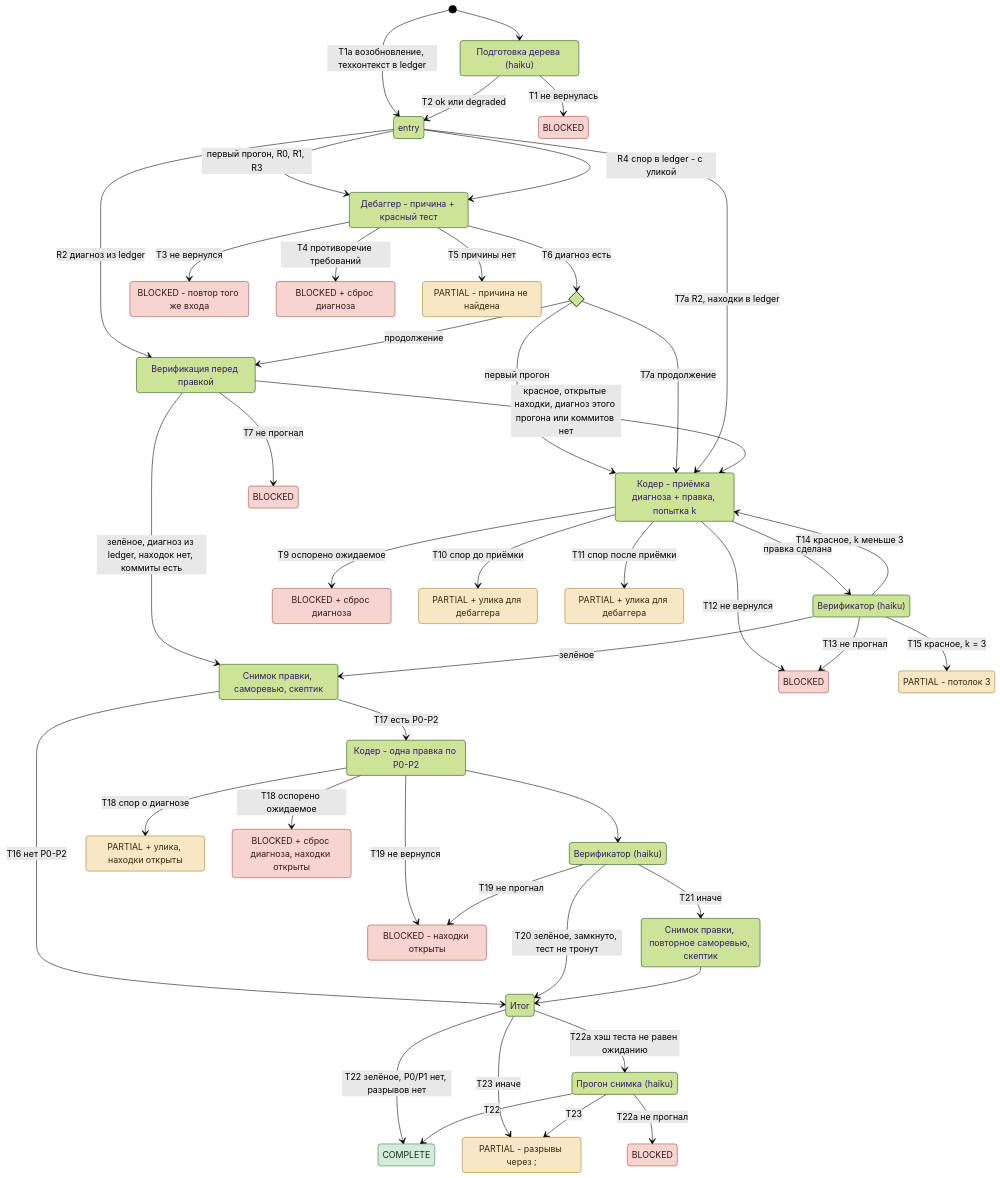
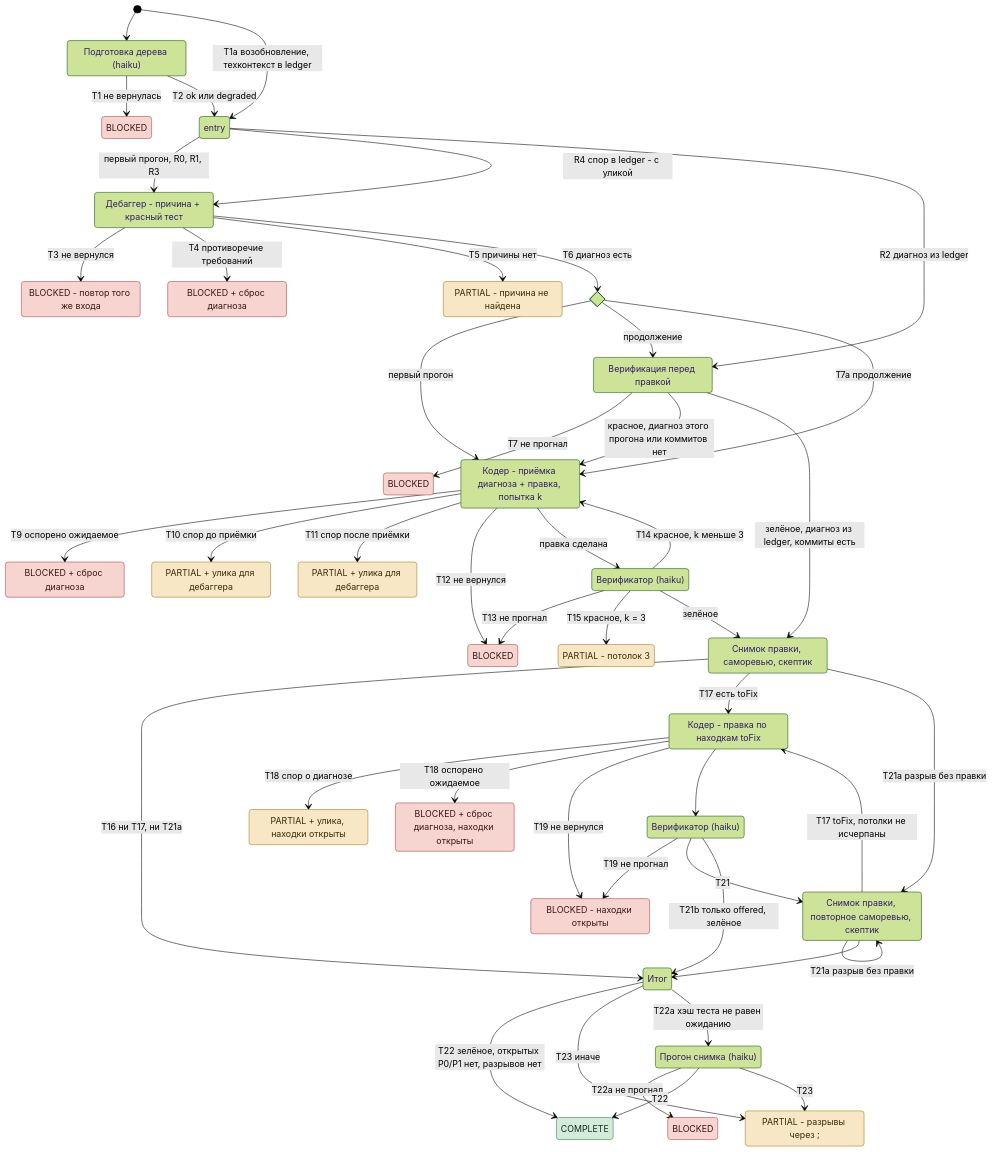
Before and after one commit to dex-it/ai-kit: the diagram in plugins/auto/docs/tracks/bugfix.md, drawn with Mermaid (forest theme). The commit also changed other lines of this file and 61 other files, not shown here.

```diff
--- a/plugins/auto/docs/tracks/bugfix.md
+++ b/plugins/auto/docs/tracks/bugfix.md
@@ -21,7 +21,7 @@
   state "Кодер - приёмка диагноза + правка, попытка k" as Coder
   state "Верификатор (haiku)" as Verify
   state "Снимок правки, саморевью, скептик" as Review
-  state "Кодер - одна правка по P0-P2" as RFix
+  state "Кодер - правка по находкам toFix" as RFix
   state "Верификатор (haiku)" as Verify2
   state "Снимок правки, повторное саморевью, скептик" as Review2
   state "Итог" as Final
@@ -59,11 +59,10 @@
   afterDiag --> Coder: первый прогон
   afterDiag --> RVerify: продолжение
   afterDiag --> Coder: T7a продолжение
-  entry --> Coder: T7a R2, находки в ledger
 
   RVerify --> B4: T7 не прогнал
-  RVerify --> Coder: красное, открытые находки, диагноз этого прогона или коммитов нет
-  RVerify --> Review: зелёное, диагноз из ledger, находок нет, коммиты есть
+  RVerify --> Coder: красное, диагноз этого прогона или коммитов нет
+  RVerify --> Review: зелёное, диагноз из ledger, коммиты есть
 
   Coder --> B5: T9 оспорено ожидаемое
   Coder --> P2: T10 спор до приёмки
@@ -75,18 +74,21 @@
   Verify --> P4: T15 красное, k = 3
   Verify --> Review: зелёное
 
-  Review --> Final: T16 нет P0-P2
-  Review --> RFix: T17 есть P0-P2
+  Review --> Final: T16 ни T17, ни T21a
+  Review --> RFix: T17 есть toFix
+  Review --> Review2: T21a разрыв без правки
   RFix --> P5: T18 спор о диагнозе
   RFix --> B8: T18 оспорено ожидаемое
   RFix --> B7: T19 не вернулся
   RFix --> Verify2
   Verify2 --> B7: T19 не прогнал
-  Verify2 --> Final: T20 зелёное, замкнуто, тест не тронут
-  Verify2 --> Review2: T21 иначе
+  Verify2 --> Review2: T21
+  Verify2 --> Final: T21b только offered, зелёное
+  Review2 --> RFix: T17 toFix, потолки не исчерпаны
+  Review2 --> Review2: T21a разрыв без правки
   Review2 --> Final
 
-  Final --> C: T22 зелёное, P0/P1 нет, разрывов нет
+  Final --> C: T22 зелёное, открытых P0/P1 нет, разрывов нет
   Final --> P6: T23 иначе
   Final --> Snap: T22a хэш теста не равен ожиданию
   Snap --> B9: T22a не прогнал
```
